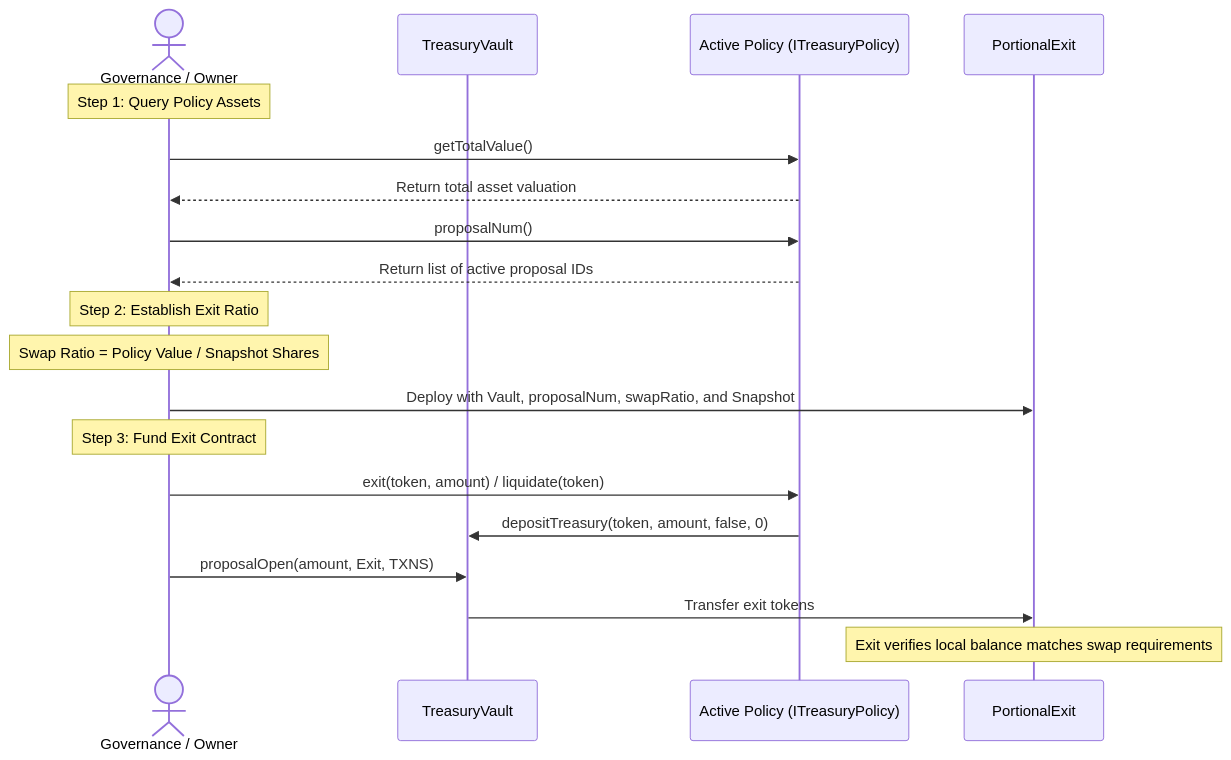
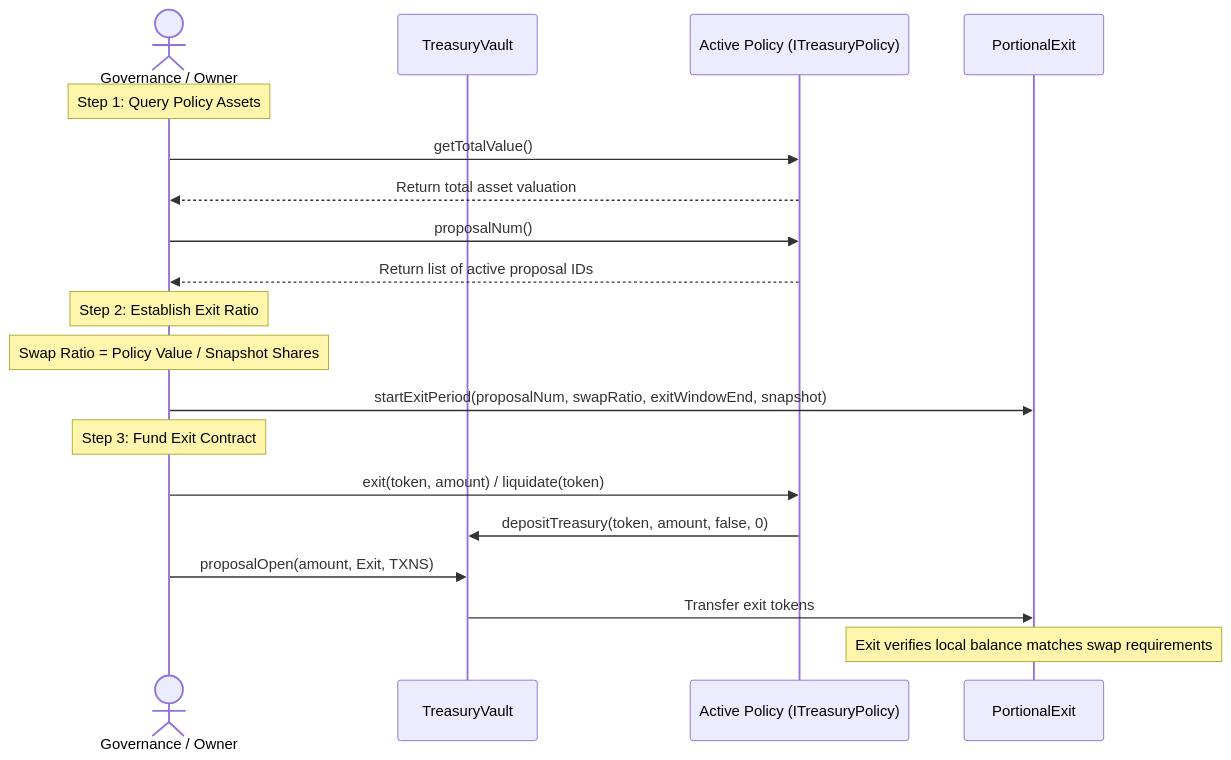
The diagram in docs/smart contracts/exit/portional-exit.md (jimstir/moreLikely-treasury), drawn with Mermaid before and after one commit. The commit also changed other lines of this file and 35 other files, not shown here.

````diff
--- a/docs/smart contracts/exit/portional-exit.md
+++ b/docs/smart contracts/exit/portional-exit.md
@@ -82,24 +91,24 @@
 ```mermaid
 sequenceDiagram
     actor Gov as Governance / Owner
     participant Vault as TreasuryVault
     participant Policy as Active Policy (ITreasuryPolicy)
     participant Exit as PortionalExit
 
     Note over Gov: Step 1: Query Policy Assets
     Gov->>Policy: getTotalValue()
     Policy-->>Gov: Return total asset valuation
     Gov->>Policy: proposalNum()
     Policy-->>Gov: Return list of active proposal IDs
 
     Note over Gov: Step 2: Establish Exit Ratio
     Note over Gov: Swap Ratio = Policy Value / Snapshot Shares
-    Gov->>Exit: Deploy with Vault, proposalNum, swapRatio, and Snapshot
+    Gov->>Exit: startExitPeriod(proposalNum, swapRatio, exitWindowEnd, snapshot)
 
     Note over Gov: Step 3: Fund Exit Contract
     Gov->>Policy: exit(token, amount) / liquidate(token)
     Policy->>Vault: depositTreasury(token, amount, false, 0)
     Gov->>Vault: proposalOpen(amount, Exit, TXNS)
     Vault->>Exit: Transfer exit tokens
     Note over Exit: Exit verifies local balance matches swap requirements
 ```
````
